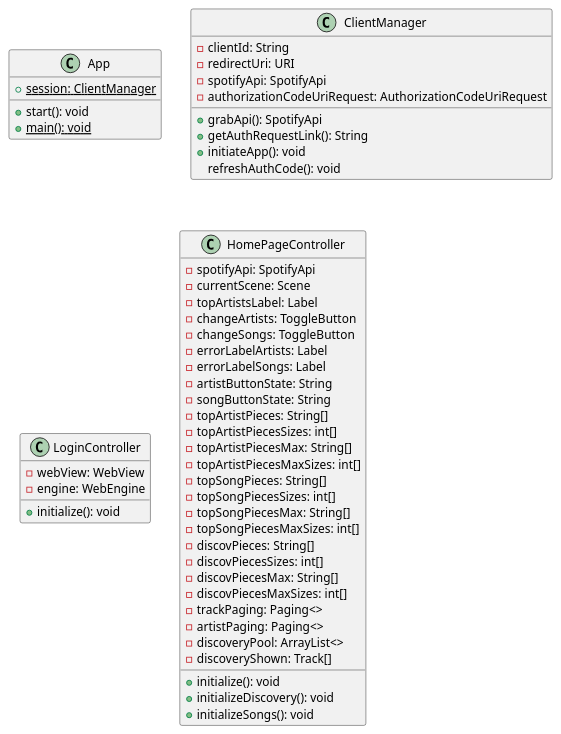
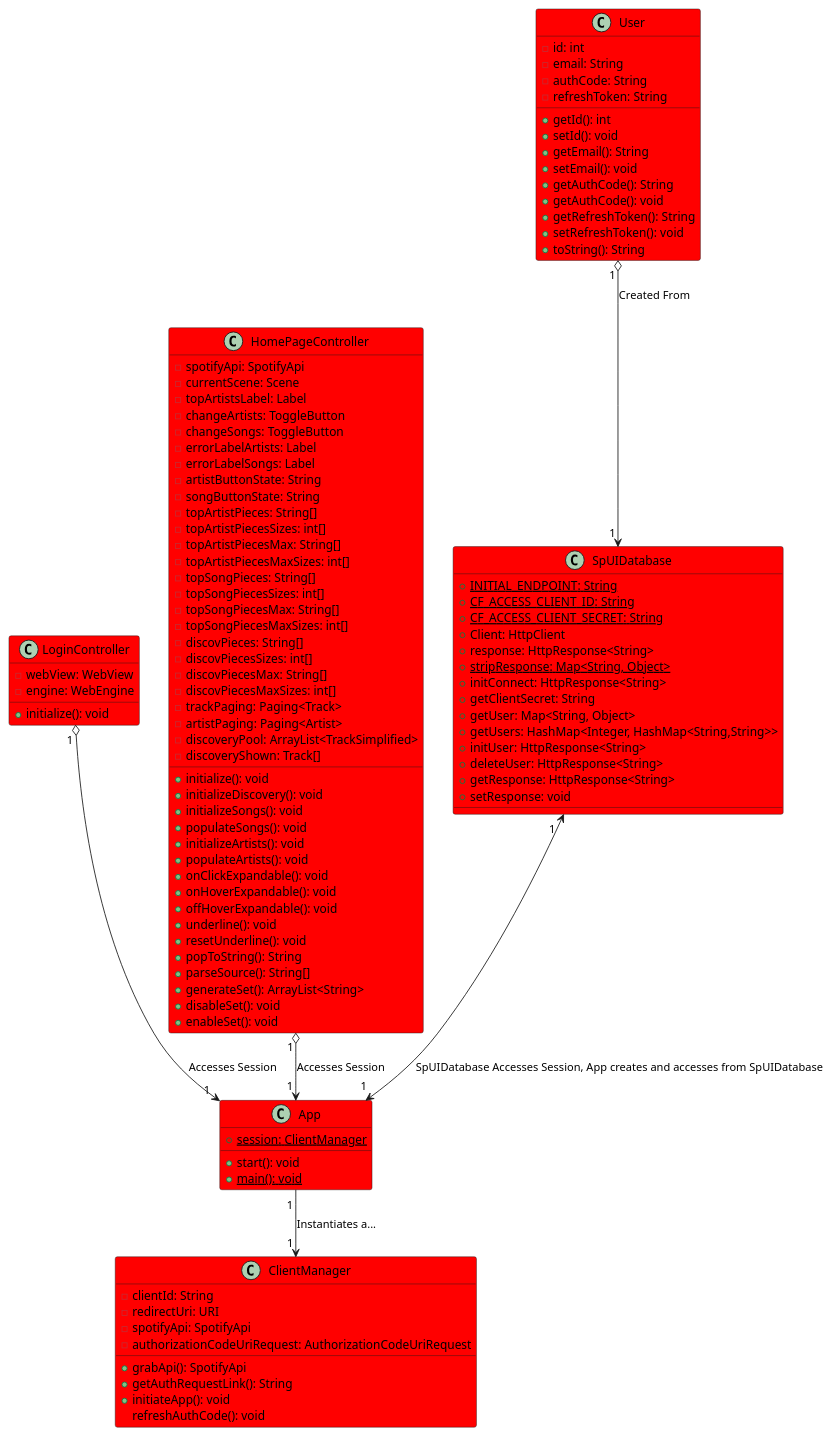
Before and after one commit to Tylerjames1504/SpUI: the diagram in SpUI.puml, drawn with PlantUML. The commit also changed 1 other file, not shown here.

Commit message:
class diagrams finished

```diff
--- a/SpUI.puml
+++ b/SpUI.puml
@@ -1,79 +1,131 @@
 @startuml
 'https://plantuml.com/class-diagram
 
 class App {
 +{Static}session: ClientManager
 +start(): void
 +{Static}main(): void
 }
 class ClientManager {
 -clientId: String
 -redirectUri: URI
 -spotifyApi: SpotifyApi
 -authorizationCodeUriRequest: AuthorizationCodeUriRequest
 +grabApi(): SpotifyApi
 +getAuthRequestLink(): String
 +initiateApp(): void
 refreshAuthCode(): void
 }
 class LoginController {
 -webView: WebView
 -engine: WebEngine
 +initialize(): void
 }
 class HomePageController {
 -spotifyApi: SpotifyApi
 -currentScene: Scene
 -topArtistsLabel: Label
 -changeArtists: ToggleButton
 -changeSongs: ToggleButton
 -errorLabelArtists: Label
 -errorLabelSongs: Label
 -artistButtonState: String
 -songButtonState: String
 -topArtistPieces: String[]
 -topArtistPiecesSizes: int[]
 -topArtistPiecesMax: String[]
 -topArtistPiecesMaxSizes: int[]
 -topSongPieces: String[]
 -topSongPiecesSizes: int[]
 -topSongPiecesMax: String[]
 -topSongPiecesMaxSizes: int[]
 -discovPieces: String[]
 -discovPiecesSizes: int[]
 -discovPiecesMax: String[]
 -discovPiecesMaxSizes: int[]
--trackPaging: Paging<>
--artistPaging: Paging<>
--discoveryPool: ArrayList<>
+-trackPaging: Paging<Track>
+-artistPaging: Paging<Artist>
+-discoveryPool: ArrayList<TrackSimplified>
 -discoveryShown: Track[]
 +initialize(): void
 +initializeDiscovery(): void
 +initializeSongs(): void
++populateSongs(): void
++initializeArtists(): void
++populateArtists(): void
++onClickExpandable(): void
++onHoverExpandable(): void
++offHoverExpandable(): void
++underline(): void
++resetUnderline(): void
++popToString(): String
++parseSource(): String[]
++generateSet(): ArrayList<String>
++disableSet(): void
++enableSet(): void
+}
+class User {
+-id: int
+-email: String
+-authCode: String
+-refreshToken: String
++getId(): int
++setId(): void
++getEmail(): String
++setEmail(): void
++getAuthCode(): String
++getAuthCode(): void
++getRefreshToken(): String
++setRefreshToken(): void
++toString(): String
+}
+skinparam class {
+BackgroundColor red
+}
+class SpUIDatabase {
++{Static}INITIAL_ENDPOINT: String
++{Static}CF_ACCESS_CLIENT_ID: String
++{Static}CF_ACCESS_CLIENT_SECRET: String
++Client: HttpClient
++response: HttpResponse<String>
++{Static}stripResponse: Map<String, Object>
++initConnect: HttpResponse<String>
++getClientSecret: String
++getUser: Map<String, Object>
++getUsers: HashMap<Integer, HashMap<String,String>>
++initUser: HttpResponse<String>
++deleteUser: HttpResponse<String>
++getResponse: HttpResponse<String>
++setResponse: void
 }
 
 
+App "1 " --> "1 " ClientManager: Instantiates a...
+HomePageController "1 " o--> "1 "App : Accesses Session
+LoginController "1 " o--> "1 "App: Accesses Session
+SpUIDatabase "1  " <--> "1   " App: SpUIDatabase Accesses Session, App creates and accesses from SpUIDatabase
+User "1 " o--> "1 " SpUIDatabase: Created From
 /'abstract class AbstractList
 abstract AbstractCollection
 interface List
 interface Collection
 
 List <|-- AbstractList
 Collection <|-- AbstractCollection
 
 Collection <|- List
 AbstractCollection <|- AbstractList
 AbstractList <|-- ArrayList
 
 class ArrayList {
 Object[] elementData
 size()
 }
 
 enum TimeUnit {
 DAYS
 HOURS
 MINUTES
 }
 '/
 @enduml
```
